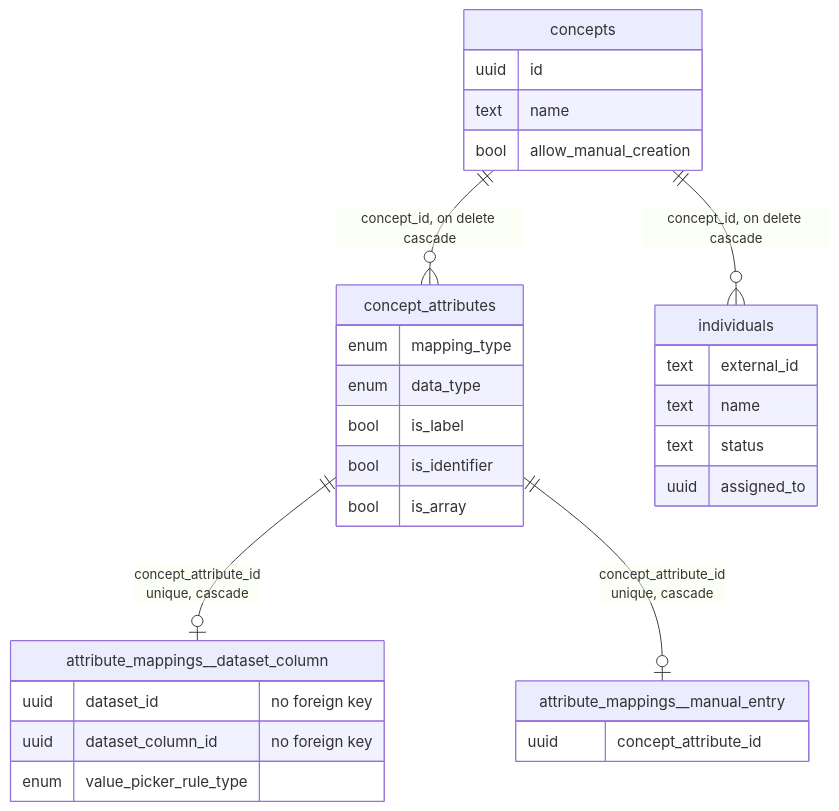
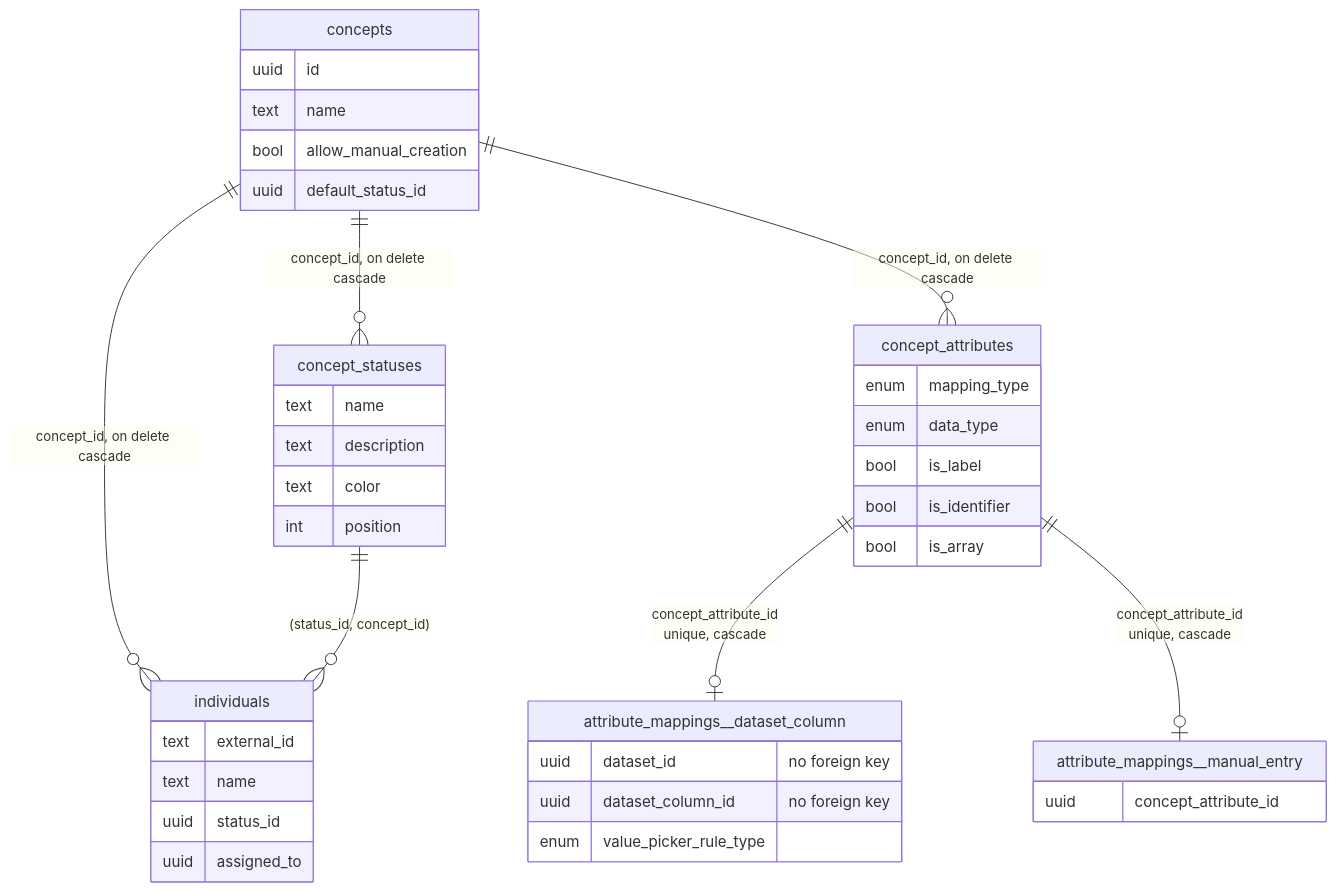
The second of 10 diagrams in docs/ontology-architecture.md (AvandarLabs/avandar), drawn with Mermaid before and after one commit. The commit also changed other lines of this file, not shown here.

Commit message:
docs(case-statuses): describe statuses in the ontology architecture

````diff
--- a/docs/ontology-architecture.md
+++ b/docs/ontology-architecture.md
@@ -132,33 +132,42 @@
 ```mermaid
 erDiagram
+  concepts ||--o{ concept_statuses : "concept_id, on delete cascade"
   concepts ||--o{ concept_attributes : "concept_id, on delete cascade"
   concepts ||--o{ individuals : "concept_id, on delete cascade"
+  concept_statuses ||--o{ individuals : "(status_id, concept_id)"
   concept_attributes ||--o| attribute_mappings__dataset_column : "concept_attribute_id<br/>unique, cascade"
   concept_attributes ||--o| attribute_mappings__manual_entry : "concept_attribute_id<br/>unique, cascade"
   concepts {
     uuid id
     text name
     bool allow_manual_creation
+    uuid default_status_id
+  }
+  concept_statuses {
+    text name
+    text description
+    text color
+    int position
   }
   concept_attributes {
     enum mapping_type
     enum data_type
     bool is_label
     bool is_identifier
     bool is_array
   }
   individuals {
     text external_id
     text name
-    text status
+    uuid status_id
     uuid assigned_to
   }
   attribute_mappings__dataset_column {
     uuid dataset_id "no foreign key"
     uuid dataset_column_id "no foreign key"
     enum value_picker_rule_type
   }
   attribute_mappings__manual_entry {
     uuid concept_attribute_id
   }
 ```
````
